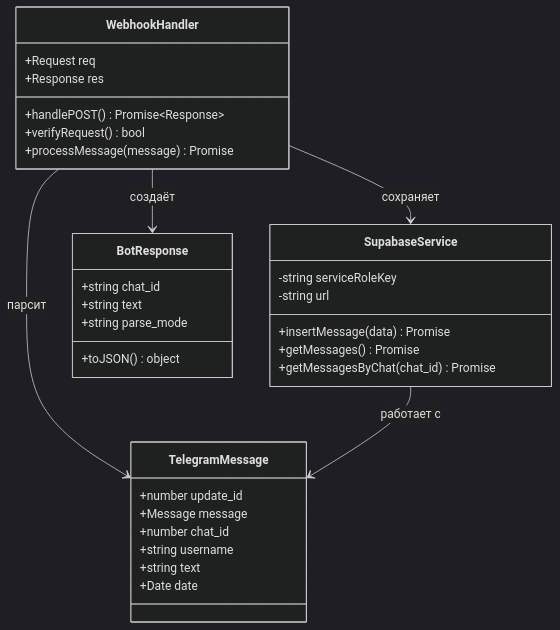
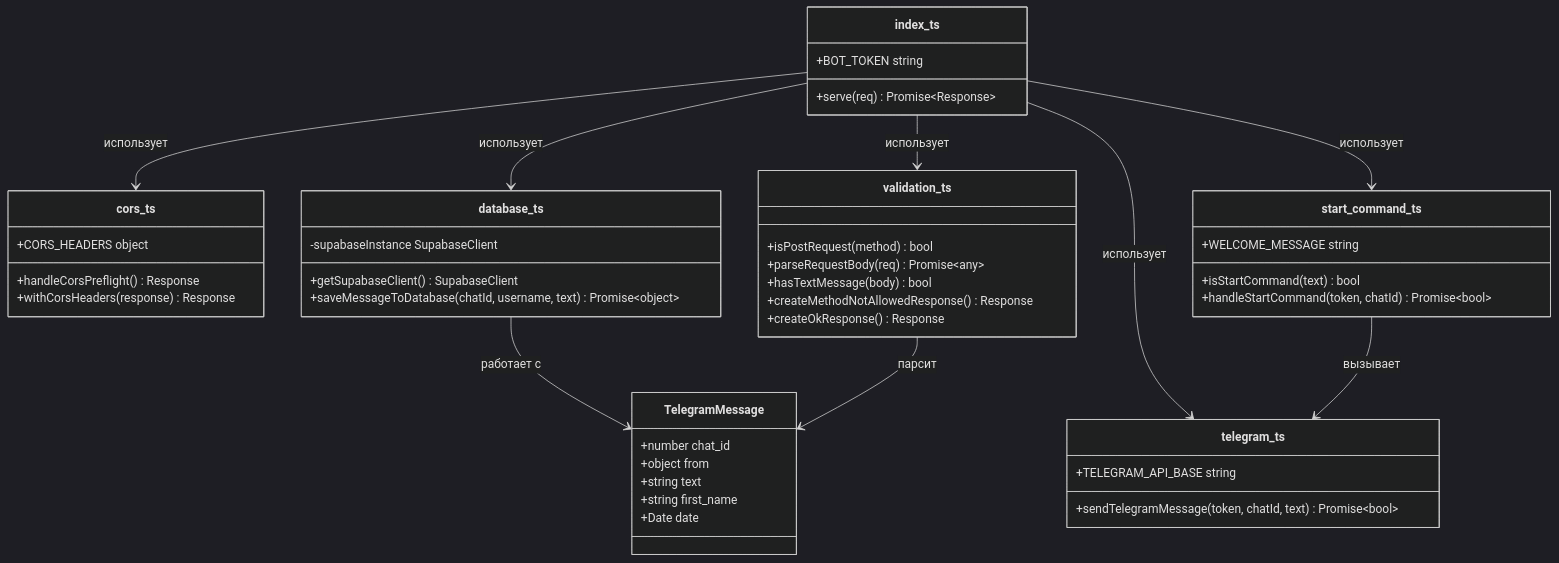
Before and after one commit to Anatoliy-Nelson/VibecodeSupportBot: the seventh of 7 diagrams in docs/C4_DIAGRAMS.md, drawn with Mermaid (dark theme). The commit also changed 6 other files, not shown here.

Commit message:
refactor: разделение telegram-webhook на модули (utils, services, handlers) + обновление C4 диаграммы

````diff
--- a/docs/C4_DIAGRAMS.md
+++ b/docs/C4_DIAGRAMS.md
@@ -430,39 +430,55 @@
 ```mermaid
 classDiagram
-    class WebhookHandler {
-        +Request req
-        +Response res
-        +handlePOST() Promise~Response~
-        +verifyRequest() bool
-        +processMessage(message) Promise
+    class index_ts {
+        +BOT_TOKEN string
+        +serve(req) Promise~Response~
+    }
+
+    class cors_ts {
+        +CORS_HEADERS object
+        +handleCorsPreflight() Response
+        +withCorsHeaders(response) Response
+    }
+
+    class validation_ts {
+        +isPostRequest(method) bool
+        +parseRequestBody(req) Promise~any~
+        +hasTextMessage(body) bool
+        +createMethodNotAllowedResponse() Response
+        +createOkResponse() Response
+    }
+
+    class telegram_ts {
+        +TELEGRAM_API_BASE string
+        +sendTelegramMessage(token, chatId, text) Promise~bool~
+    }
+
+    class database_ts {
+        -supabaseInstance SupabaseClient
+        +getSupabaseClient() SupabaseClient
+        +saveMessageToDatabase(chatId, username, text) Promise~object~
+    }
+
+    class start_command_ts {
+        +WELCOME_MESSAGE string
+        +isStartCommand(text) bool
+        +handleStartCommand(token, chatId) Promise~bool~
     }
 
     class TelegramMessage {
-        +number update_id
-        +Message message
         +number chat_id
-        +string username
+        +object from
         +string text
+        +string first_name
         +Date date
     }
 
-    class SupabaseService {
-        -string serviceRoleKey
-        -string url
-        +insertMessage(data) Promise
-        +getMessages() Promise
-        +getMessagesByChat(chat_id) Promise
-    }
-
-    class BotResponse {
-        +string chat_id
-        +string text
-        +string parse_mode
-        +toJSON() object
-    }
-
-    WebhookHandler --> TelegramMessage : парсит
-    WebhookHandler --> SupabaseService : сохраняет
-    WebhookHandler --> BotResponse : создаёт
-    SupabaseService --> TelegramMessage : работает с
+    index_ts --> cors_ts : использует
+    index_ts --> validation_ts : использует
+    index_ts --> telegram_ts : использует
+    index_ts --> database_ts : использует
+    index_ts --> start_command_ts : использует
+    start_command_ts --> telegram_ts : вызывает
+    database_ts --> TelegramMessage : работает с
+    validation_ts --> TelegramMessage : парсит
 ```
````
